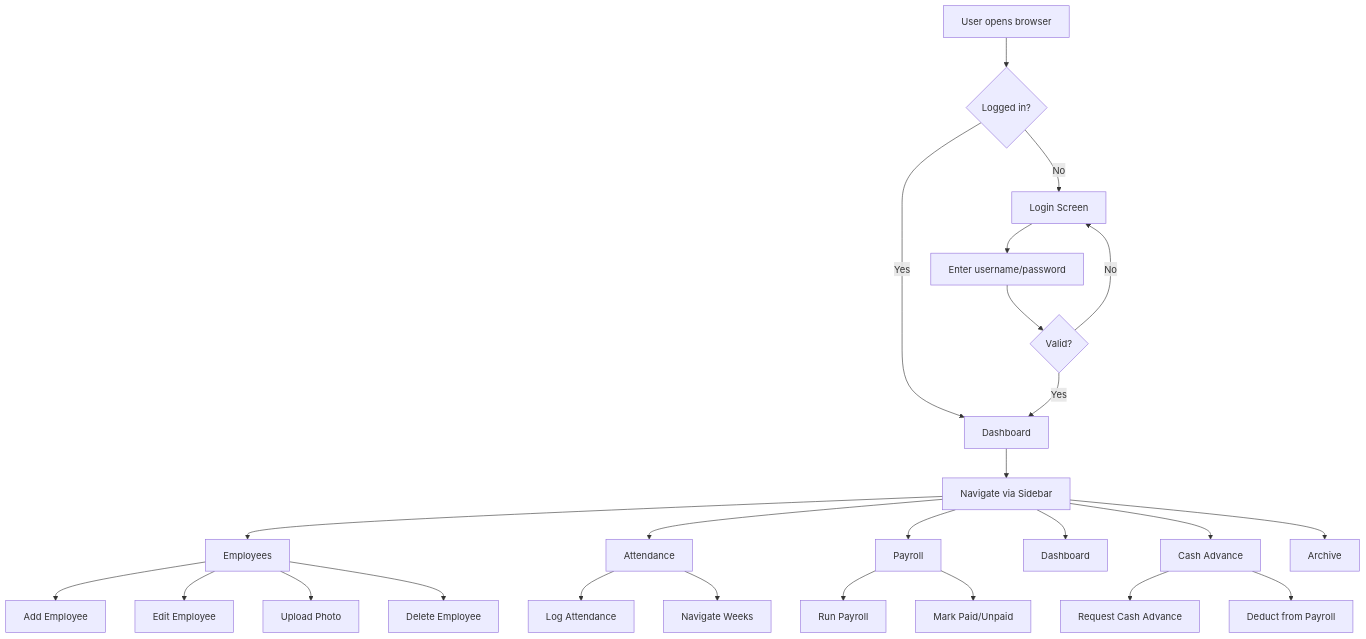
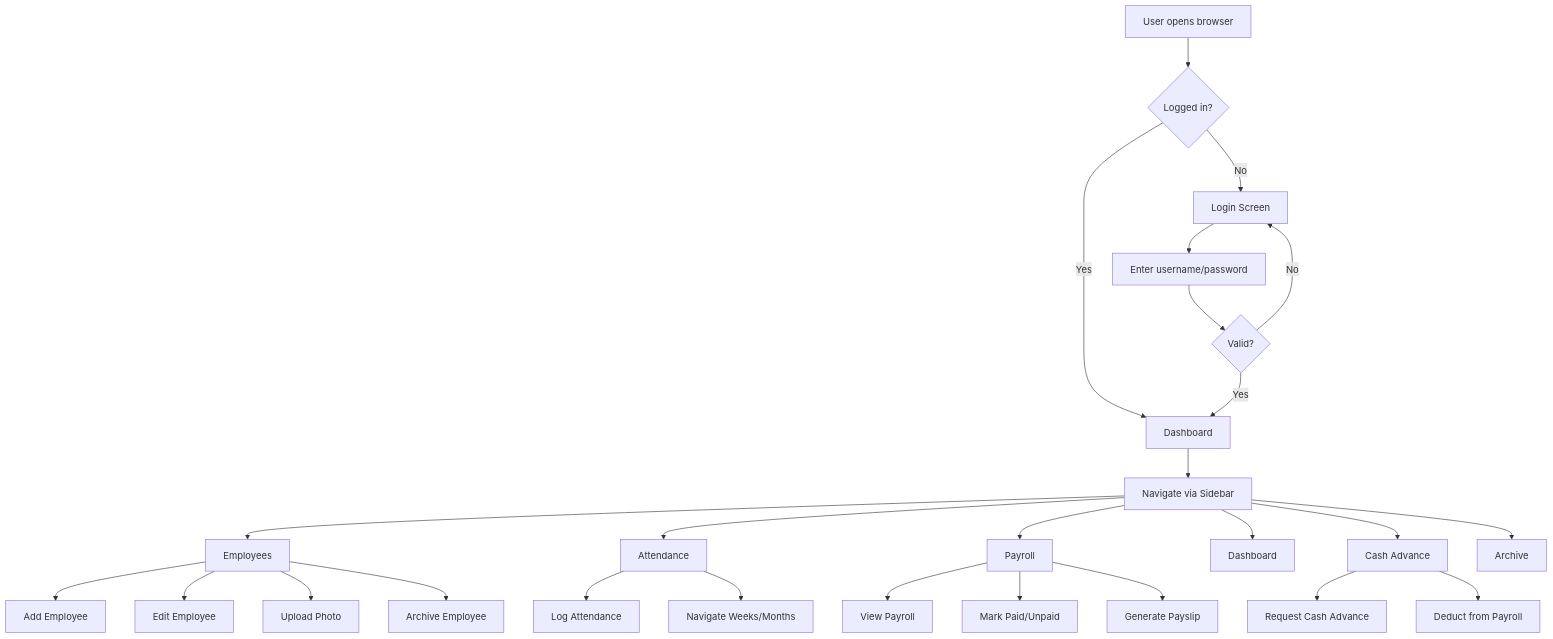
One commit to jshi1223/Payroll-Attendace changed the first of 2 diagrams in DOCUMENTATION.md. Above: the diagram before and after it, drawn with Mermaid. The commit also changed other lines of this file and 27 other files, not shown here.

````diff
--- a/DOCUMENTATION.md
+++ b/DOCUMENTATION.md
@@ -50,33 +54,34 @@
 ```mermaid
 flowchart TB
     A[User opens browser] --> B{Logged in?}
     B -->|No| C[Login Screen]
     B -->|Yes| D[Dashboard]
     C --> E[Enter username/password]
     E --> F{Valid?}
     F -->|No| C
     F -->|Yes| D
 
     D --> G[Navigate via Sidebar]
     
     G --> H[Employees]
     G --> I[Attendance]
     G --> J[Payroll]
     G --> K[Dashboard]
     G --> L[Cash Advance]
     G --> M[Archive]
 
     H --> H1[Add Employee]
     H --> H2[Edit Employee]
     H --> H3[Upload Photo]
-    H --> H4[Delete Employee]
+    H --> H4[Archive Employee]
 
     I --> I1[Log Attendance]
-    I --> I2[Navigate Weeks]
+    I --> I2[Navigate Weeks/Months]
 
-    J --> J1[Run Payroll]
+    J --> J1[View Payroll]
     J --> J2[Mark Paid/Unpaid]
+    J --> J3[Generate Payslip]
 
     L --> L1[Request Cash Advance]
     L --> L2[Deduct from Payroll]
 ```
````
